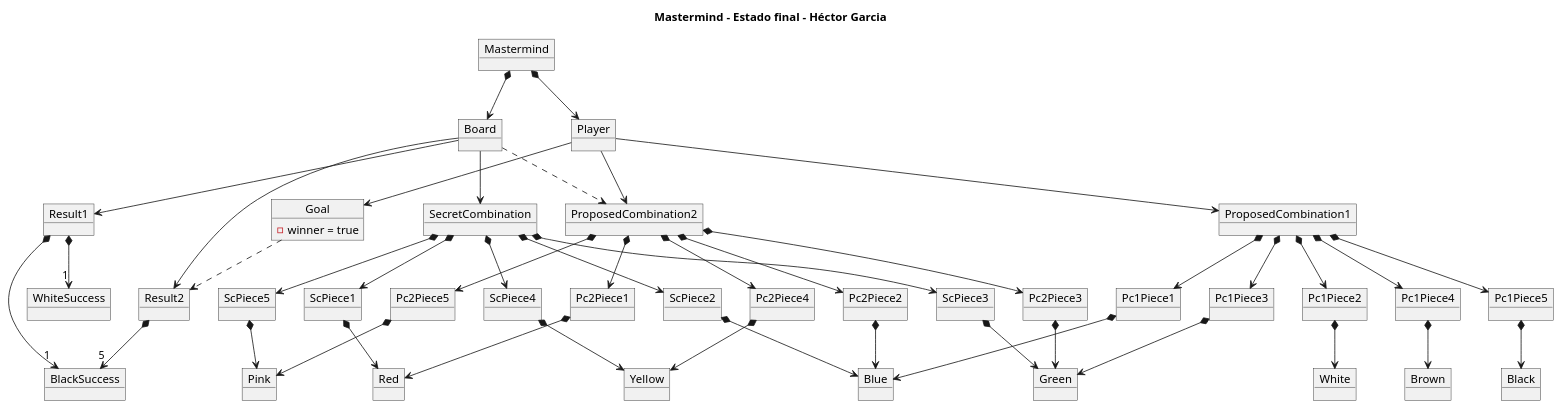
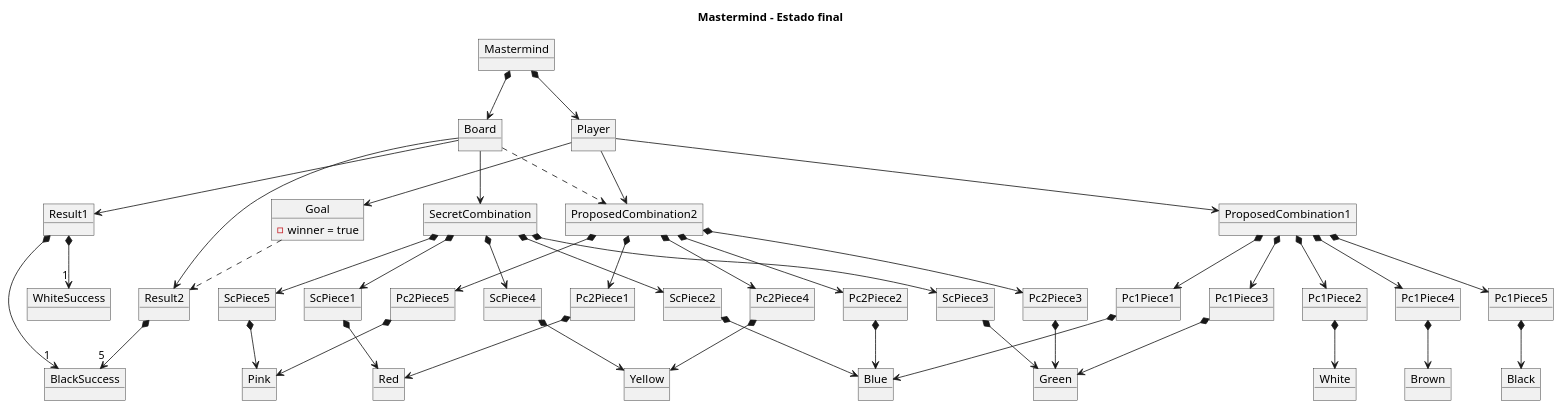
One commit to Master-Desarrollo-20-21/ejercicio-2-modelo-de-dominio-mastermind-menthil changed the diagram in uml/estado-final.plantuml. Above: the diagram before and after it, drawn with PlantUML. The commit also changed 7 other files, not shown here.

```diff
--- a/uml/estado-final.plantuml
+++ b/uml/estado-final.plantuml
@@ -1,106 +1,106 @@
 @startuml
 
-title Mastermind - Estado final - Héctor Garcia
+title Mastermind - Estado final
 
 object Mastermind
 
 object Board 
 object Player
 
 object Goal
 
 Goal : -winner = true
 
 object SecretCombination
 
 object ScPiece1
 object ScPiece2
 object ScPiece3
 object ScPiece4
 object ScPiece5
 
 object Red
 object Blue
 object Green
 object Yellow
 object Pink
 object White
 object Black
 object Brown
 
 object ProposedCombination1
 object ProposedCombination2
 
 object Pc1Piece1
 object Pc1Piece2
 object Pc1Piece3
 object Pc1Piece4
 object Pc1Piece5
 object Pc2Piece1
 object Pc2Piece2
 object Pc2Piece3
 object Pc2Piece4
 object Pc2Piece5
 
 object Result1
 object Result2
 
 object WhiteSuccess
 object BlackSuccess
 
 Mastermind *--> Player
 Mastermind *--> Board
 
 Player --> Goal
 
 Board --> SecretCombination
 
 Goal ..> Result2
 
 SecretCombination *--> ScPiece1
 SecretCombination *--> ScPiece2
 SecretCombination *--> ScPiece3
 SecretCombination *--> ScPiece4
 SecretCombination *--> ScPiece5
 
 ProposedCombination1 *--> Pc1Piece1
 ProposedCombination1 *--> Pc1Piece2
 ProposedCombination1 *--> Pc1Piece3
 ProposedCombination1 *--> Pc1Piece4
 ProposedCombination1 *--> Pc1Piece5
 ProposedCombination2 *--> Pc2Piece1
 ProposedCombination2 *--> Pc2Piece2
 ProposedCombination2 *--> Pc2Piece3
 ProposedCombination2 *--> Pc2Piece4
 ProposedCombination2 *--> Pc2Piece5
 
 ScPiece1 *--> Red
 ScPiece2 *--> Blue
 ScPiece3 *--> Green
 ScPiece4 *--> Yellow
 ScPiece5 *--> Pink
 
 Pc1Piece1 *--> Blue
 Pc1Piece2 *--> White
 Pc1Piece3 *--> Green
 Pc1Piece4 *--> Brown
 Pc1Piece5 *--> Black
 Pc2Piece1 *--> Red
 Pc2Piece2 *--> Blue
 Pc2Piece3 *--> Green
 Pc2Piece4 *--> Yellow
 Pc2Piece5 *--> Pink
 
 Player --> ProposedCombination1
 Player --> ProposedCombination2
 
 Board ..> ProposedCombination2
 
 Board --> Result1
 Board --> Result2
 
 Result1 *--> "1" WhiteSuccess
 Result1 *--> "1" BlackSuccess
 Result2 *--> "5" BlackSuccess
 
 @enduml
```
